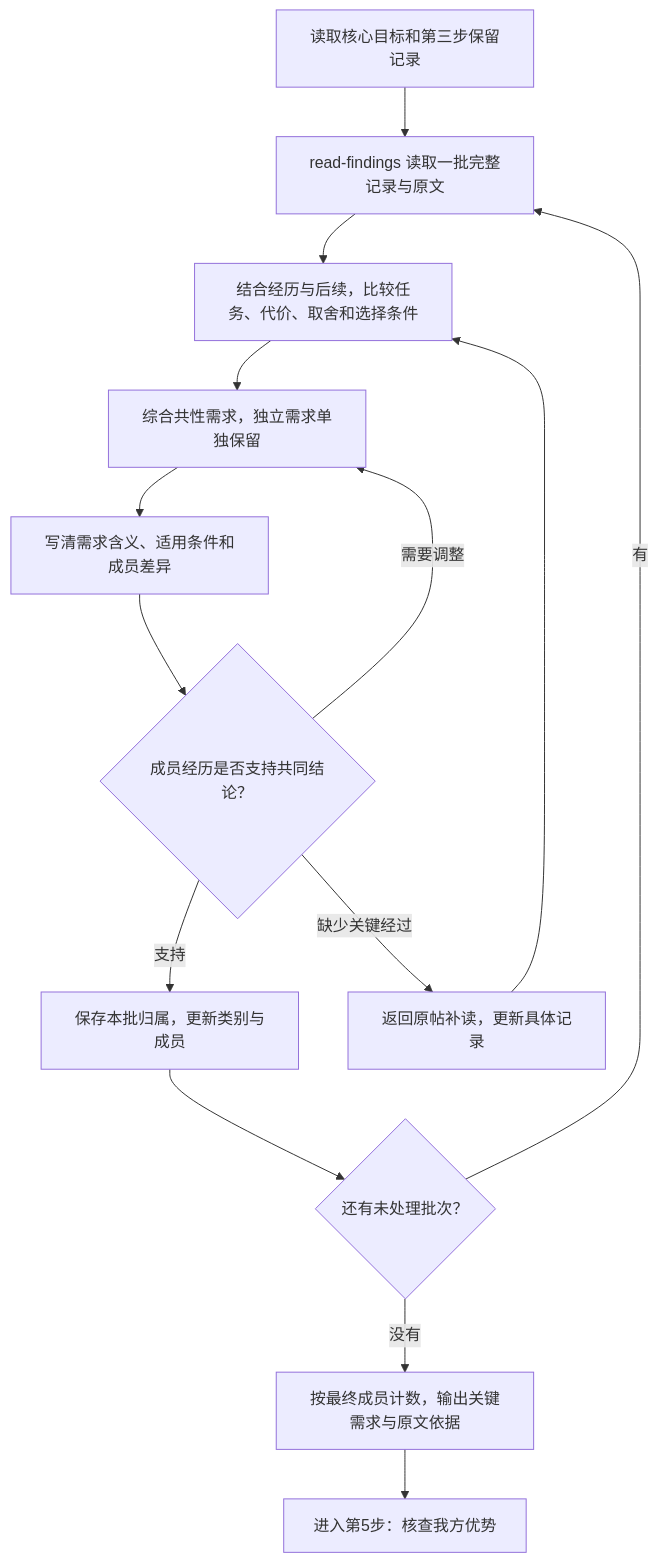
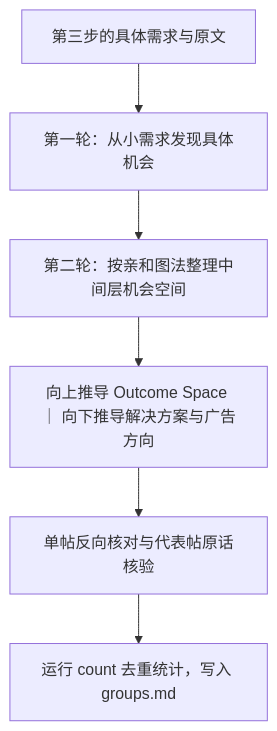
Before and after one commit to ezra-y/agents_kit: the diagram in skills/product/reddit-community-research/references/classification.md, drawn with Mermaid. The commit also changed other lines of this file and 9 other files, not shown here.

````diff
--- a/skills/product/reddit-community-research/references/classification.md
+++ b/skills/product/reddit-community-research/references/classification.md
@@ -21,16 +14,8 @@
 ```mermaid
 flowchart TD
-    A["读取核心目标和第三步保留记录"] --> J["read-findings 读取一批完整记录与原文"]
-    J --> B["结合经历与后续，比较任务、代价、取舍和选择条件"]
-    B --> C["综合共性需求，独立需求单独保留"]
-    C --> D["写清需求含义、适用条件和成员差异"]
-    D --> E{"成员经历是否支持共同结论？"}
-    E -->|支持| F["保存本批归属，更新类别与成员"]
-    E -->|需要调整| C
-    E -->|缺少关键经过| G["返回原帖补读，更新具体记录"]
-    G --> B
-    F --> K{"还有未处理批次？"}
-    K -->|有| J
-    K -->|没有| H["按最终成员计数，输出关键需求与原文依据"]
-    H --> I["进入第5步：核查我方优势"]
+    A["第三步的具体需求与原文"] --> B["第一轮：从小需求发现具体机会"]
+    B --> C["第二轮：按亲和图法整理中间层机会空间"]
+    C --> D["向上推导 Outcome Space ｜ 向下推导解决方案与广告方向"]
+    D --> E["单帖反向核对与代表帖原话核验"]
+    E --> F["运行 count 去重统计，写入 groups.md"]
 ```
````
